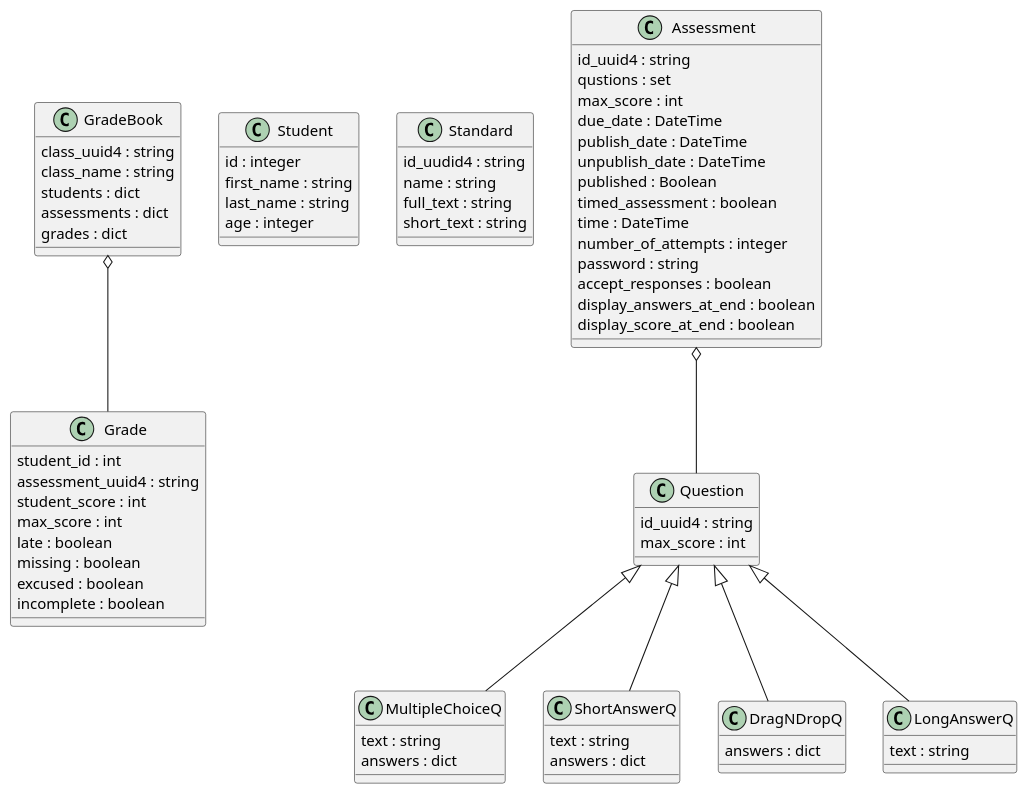
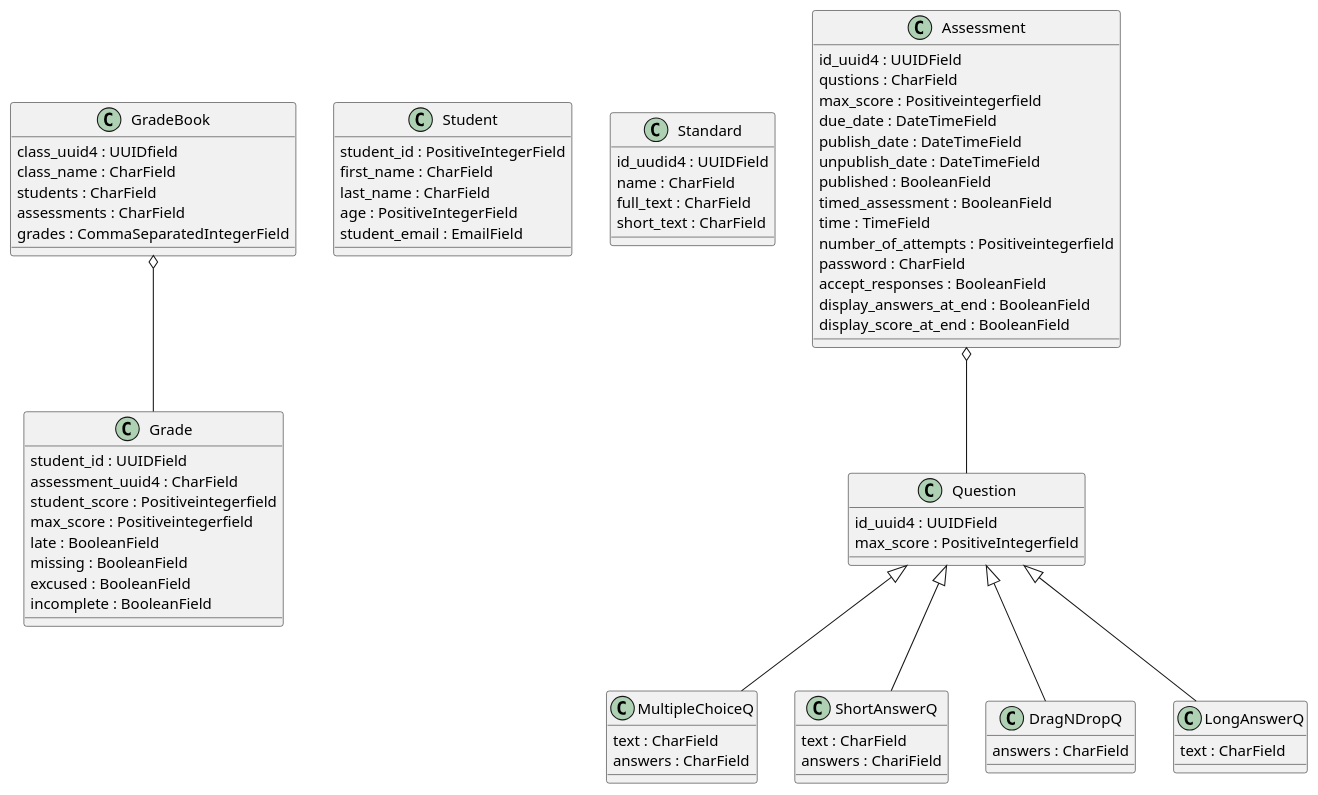
Before and after one commit to tfree87/LibreEd: the second of 2 diagrams in README.org, drawn with PlantUML.

Commit message:
Updated classes diagram

```diff
--- a/README.org
+++ b/README.org
@@ -83,76 +83,77 @@
   @startuml
 
   class GradeBook {
-  class_uuid4 : string
-  class_name : string
-  students : dict
-  assessments : dict
-  grades : dict
+  class_uuid4 : UUIDfield
+  class_name : CharField
+  students : CharField
+  assessments : CharField
+  grades : CommaSeparatedIntegerField
   }
 
   class Grade {
-  student_id : int
-  assessment_uuid4 : string
-  student_score : int
-  max_score : int
-  late : boolean
-  missing : boolean
-  excused : boolean
-  incomplete : boolean
+  student_id : UUIDField
+  assessment_uuid4 : CharField
+  student_score : Positiveintegerfield
+  max_score : Positiveintegerfield
+  late : BooleanField
+  missing : BooleanField
+  excused : BooleanField
+  incomplete : BooleanField
   }
 
   class Student {
-  id : integer
-  first_name : string
-  last_name : string
-  age : integer
+  student_id : PositiveIntegerField
+  first_name : CharField
+  last_name : CharField
+  age : PositiveIntegerField
+  student_email : EmailField
   }
 
   class Standard {
-  id_uudid4 : string
-  name : string
-  full_text : string
-  short_text : string
+  id_uudid4 : UUIDField
+  name : CharField
+  full_text : CharField
+  short_text : CharField
   }
 
   class Assessment {
-  id_uuid4 : string
-  qustions : set
-  max_score : int
-  due_date : DateTime
-  publish_date : DateTime
-  unpublish_date : DateTime
-  published : Boolean
-  timed_assessment : boolean
-  time : DateTime
-  number_of_attempts : integer
-  password : string
-  accept_responses : boolean
-  display_answers_at_end : boolean
-  display_score_at_end : boolean
+  id_uuid4 : UUIDField
+  qustions : CharField
+  max_score : Positiveintegerfield
+  due_date : DateTimeField
+  publish_date : DateTimeField
+  unpublish_date : DateTimeField
+  published : BooleanField
+  timed_assessment : BooleanField
+  time : TimeField
+  number_of_attempts : Positiveintegerfield
+  password : CharField
+  accept_responses : BooleanField
+  display_answers_at_end : BooleanField
+  display_score_at_end : BooleanField
   }
 
   class Question {
-  id_uuid4 : string
-  max_score : int
+  id_uuid4 : UUIDField
+  max_score : PositiveIntegerfield
   }
 
   class MultipleChoiceQ {
-  text : string
-  answers : dict
+  text : CharField
+  answers : CharField
   }
 
   class ShortAnswerQ {
-  text : string
-  answers : dict
+  text : CharField
+  answers : ChariField
   }
 
   class DragNDropQ {
-  answers : dict
+  answers : CharField
   }
 
   class LongAnswerQ {
-  text : string
+  text : CharField
   }
 
   Assessment o-- Question
```
